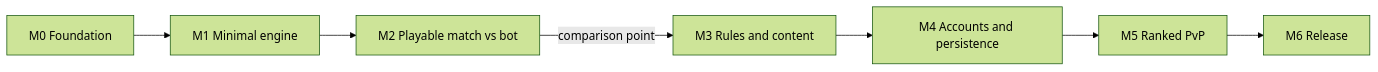
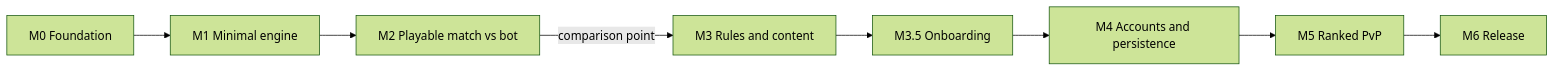
Before and after one commit to heronoa/eldritch-alley: the diagram in ROADMAP.md, drawn with Mermaid (forest theme). The commit also changed other lines of this file and 7 other files, not shown here.

Commit message:
feat: add onboarding plans and update roadmap with M3.5 milestone

````diff
--- a/ROADMAP.md
+++ b/ROADMAP.md
@@ -25,9 +25,10 @@
 ```mermaid
 graph LR
   M0[M0 Foundation] --> M1[M1 Minimal engine]
   M1 --> M2[M2 Playable match vs bot]
   M2 -->|comparison point| M3[M3 Rules and content]
-  M3 --> M4[M4 Accounts and persistence]
+  M3 --> M35[M3.5 Onboarding]
+  M35 --> M4[M4 Accounts and persistence]
   M4 --> M5[M5 Ranked PvP]
   M5 --> M6[M6 Release]
 ```
````
